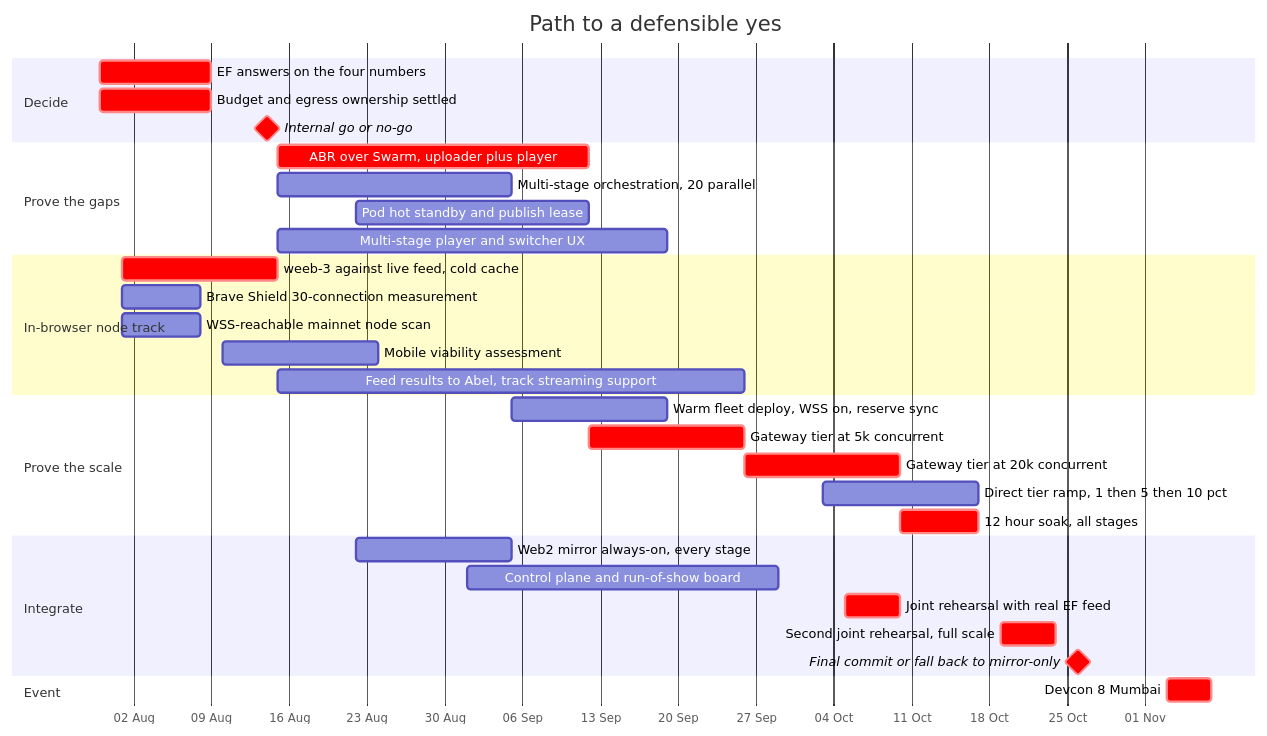
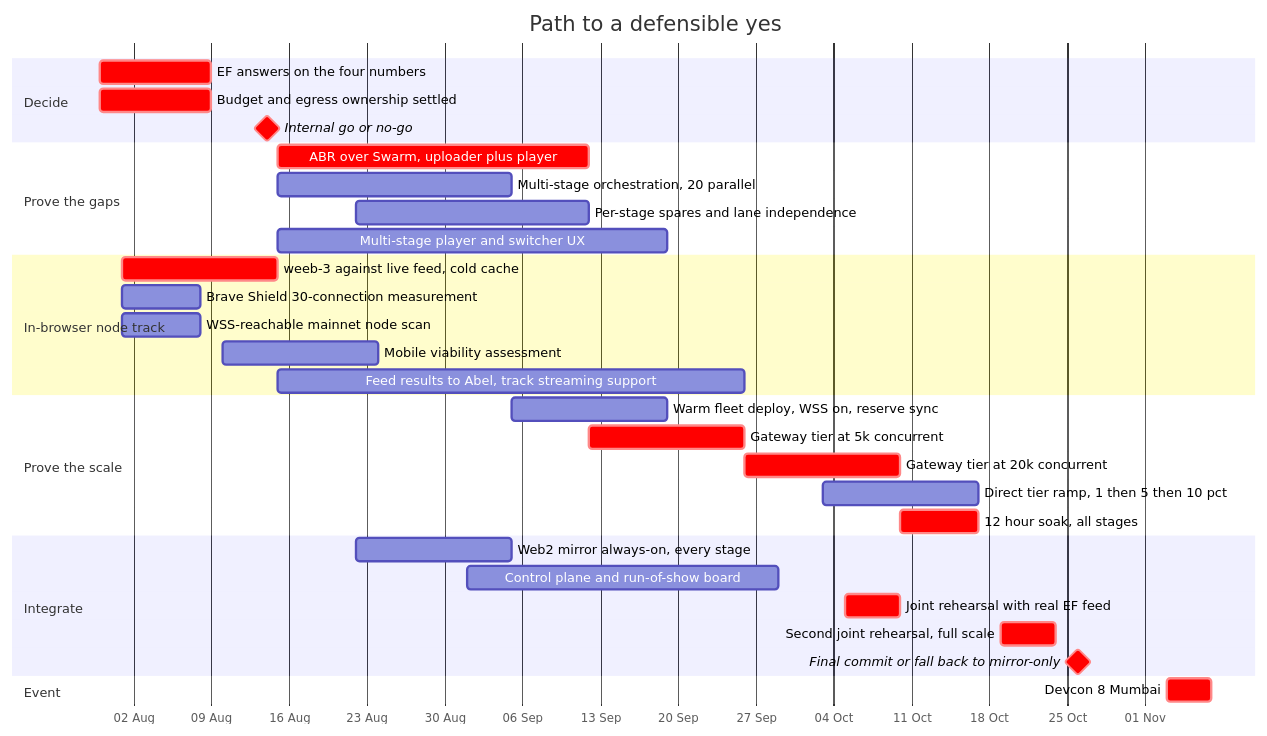
One commit to Solar-Punk-Ltd/devcon-streaming-partnership changed diagram 23 of 23 in docs/architecture-plan.md. Above: the diagram before and after it, drawn with Mermaid. The commit also changed other lines of this file, not shown here.

````diff
--- a/docs/architecture-plan.md
+++ b/docs/architecture-plan.md
@@ -1296,41 +1316,41 @@
 ```mermaid
 gantt
     dateFormat YYYY-MM-DD
     axisFormat %d %b
     title Path to a defensible yes
 
     section Decide
     EF answers on the four numbers        :crit, d1, 2026-07-30, 10d
     Budget and egress ownership settled   :crit, d2, 2026-07-30, 10d
     Internal go or no-go                  :milestone, crit, d3, 2026-08-14, 0d
 
     section Prove the gaps
     ABR over Swarm, uploader plus player  :crit, a1, 2026-08-15, 28d
     Multi-stage orchestration, 20 parallel :a2, 2026-08-15, 21d
-    Pod hot standby and publish lease     :a3, 2026-08-22, 21d
+    Per-stage spares and lane independence :a3, 2026-08-22, 21d
     Multi-stage player and switcher UX    :a4, 2026-08-15, 35d
 
     section In-browser node track
     weeb-3 against live feed, cold cache  :crit, w1, 2026-08-01, 14d
     Brave Shield 30-connection measurement :w2, 2026-08-01, 7d
     WSS-reachable mainnet node scan       :w3, 2026-08-01, 7d
     Mobile viability assessment           :w4, 2026-08-10, 14d
     Feed results to Abel, track streaming support :w5, 2026-08-15, 42d
 
     section Prove the scale
     Warm fleet deploy, WSS on, reserve sync :b1, 2026-09-05, 14d
     Gateway tier at 5k concurrent         :crit, b2, 2026-09-12, 14d
     Gateway tier at 20k concurrent        :crit, b3, 2026-09-26, 14d
     Direct tier ramp, 1 then 5 then 10 pct :b4, 2026-10-03, 14d
     12 hour soak, all stages              :crit, b5, 2026-10-10, 7d
 
     section Integrate
     Web2 mirror always-on, every stage    :c1, 2026-08-22, 14d
     Control plane and run-of-show board   :c2, 2026-09-01, 28d
     Joint rehearsal with real EF feed     :crit, c3, 2026-10-05, 5d
     Second joint rehearsal, full scale    :crit, c4, 2026-10-19, 5d
     Final commit or fall back to mirror-only :milestone, crit, c5, 2026-10-26, 0d
 
     section Event
     Devcon 8 Mumbai                       :crit, e1, 2026-11-03, 4d
 ```
````
